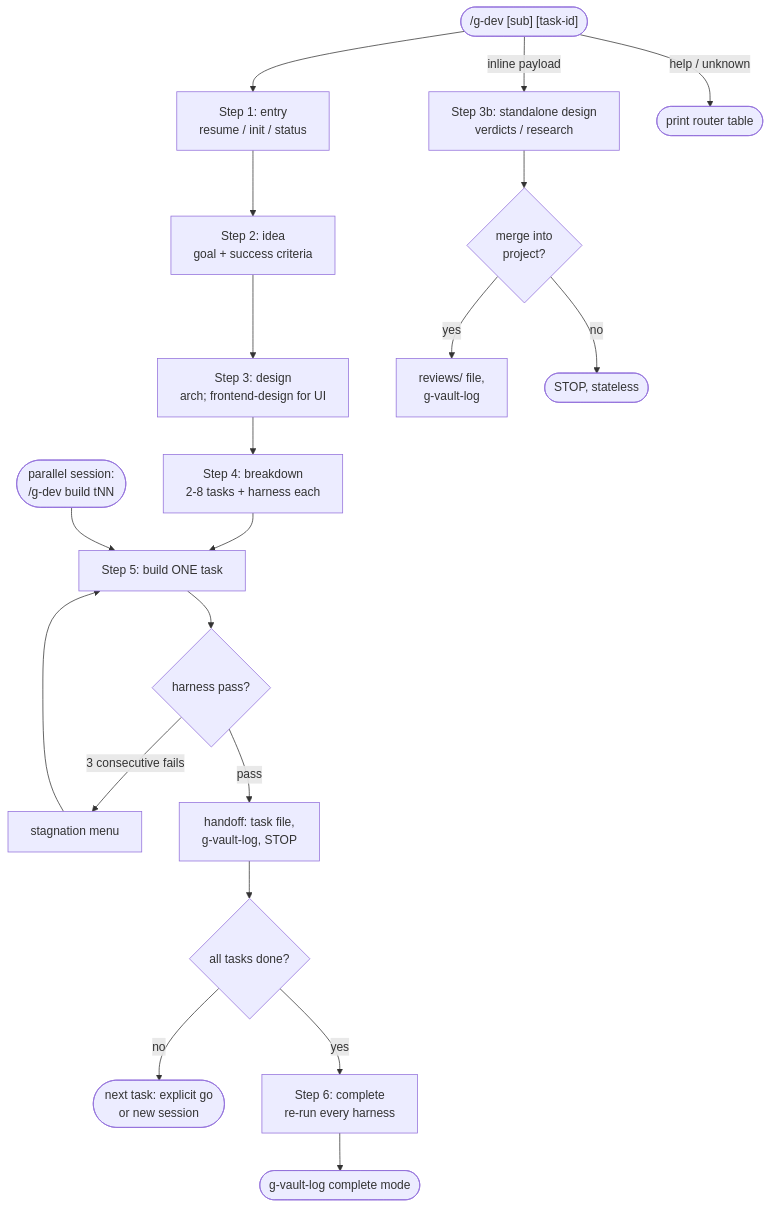
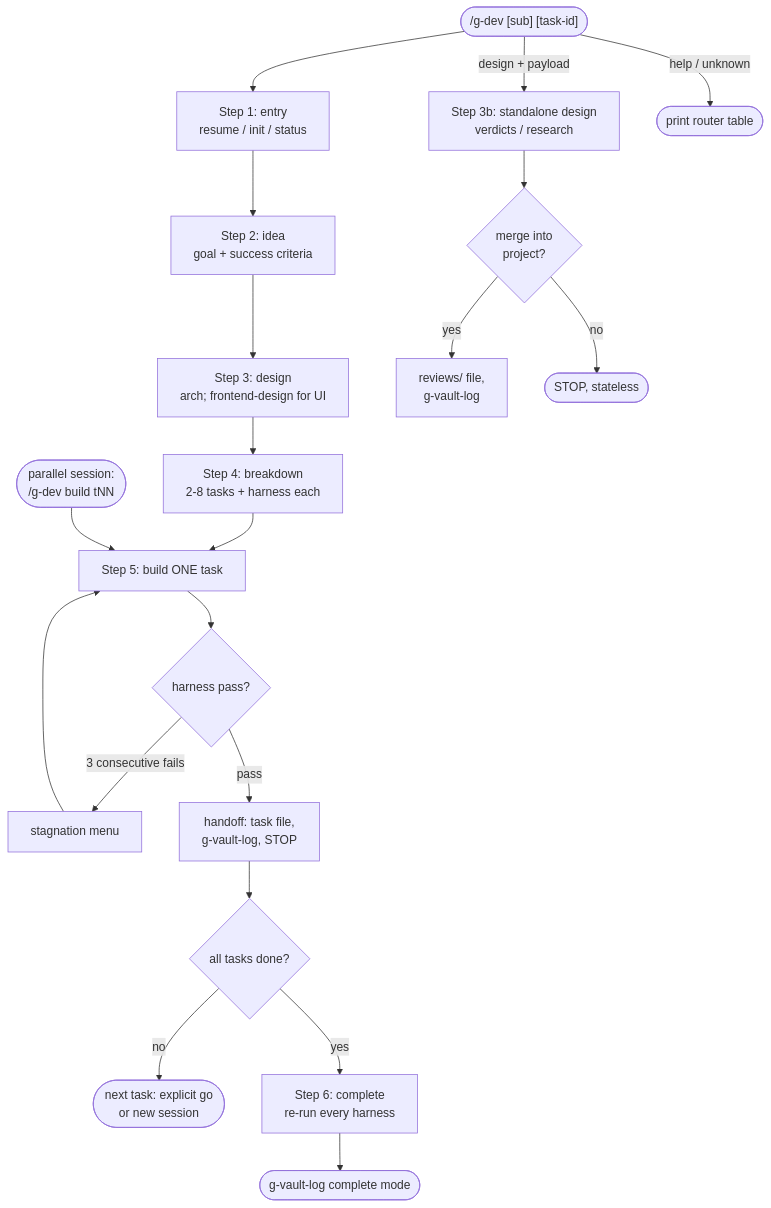
The diagram in claude/skills/g-dev/SKILL.md (gloriaJun/grimoire), drawn with Mermaid before and after one commit. The commit also changed other lines of this file and 8 other files, not shown here.

````diff
--- a/claude/skills/g-dev/SKILL.md
+++ b/claude/skills/g-dev/SKILL.md
@@ -20,32 +20,32 @@
 ```mermaid
 flowchart TD
     A(["/g-dev [sub] [task-id]"]) --> B["Step 1: entry
 resume / init / status"]
     B --> C["Step 2: idea
 goal + success criteria"]
     C --> D["Step 3: design
 arch; frontend-design for UI"]
     D --> E["Step 4: breakdown
 2-8 tasks + harness each"]
     E --> F["Step 5: build ONE task"]
     P(["parallel session:
 /g-dev build tNN"]) --> F
     F --> G{"harness pass?"}
     G -- "3 consecutive fails" --> H["stagnation menu"] --> F
     G -- pass --> I["handoff: task file,
 g-vault-log, STOP"]
     I --> J{"all tasks done?"}
     J -- no --> K(["next task: explicit go
 or new session"])
     J -- yes --> L["Step 6: complete
 re-run every harness"]
     L --> M(["g-vault-log complete mode"])
-    A -- "inline payload" --> S["Step 3b: standalone design
+    A -- "design + payload" --> S["Step 3b: standalone design
 verdicts / research"]
     S --> T{"merge into
 project?"}
     T -- yes --> U["reviews/ file,
 g-vault-log"]
     T -- no --> V(["STOP, stateless"])
     A -- "help / unknown" --> W(["print router table"])
 ```
````
